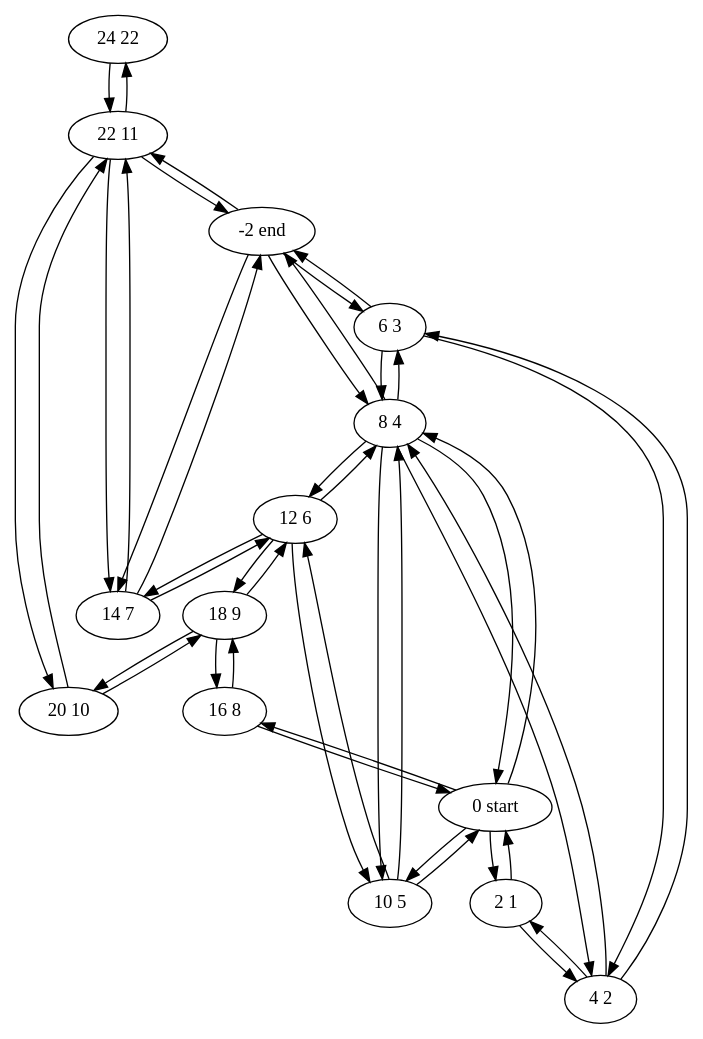
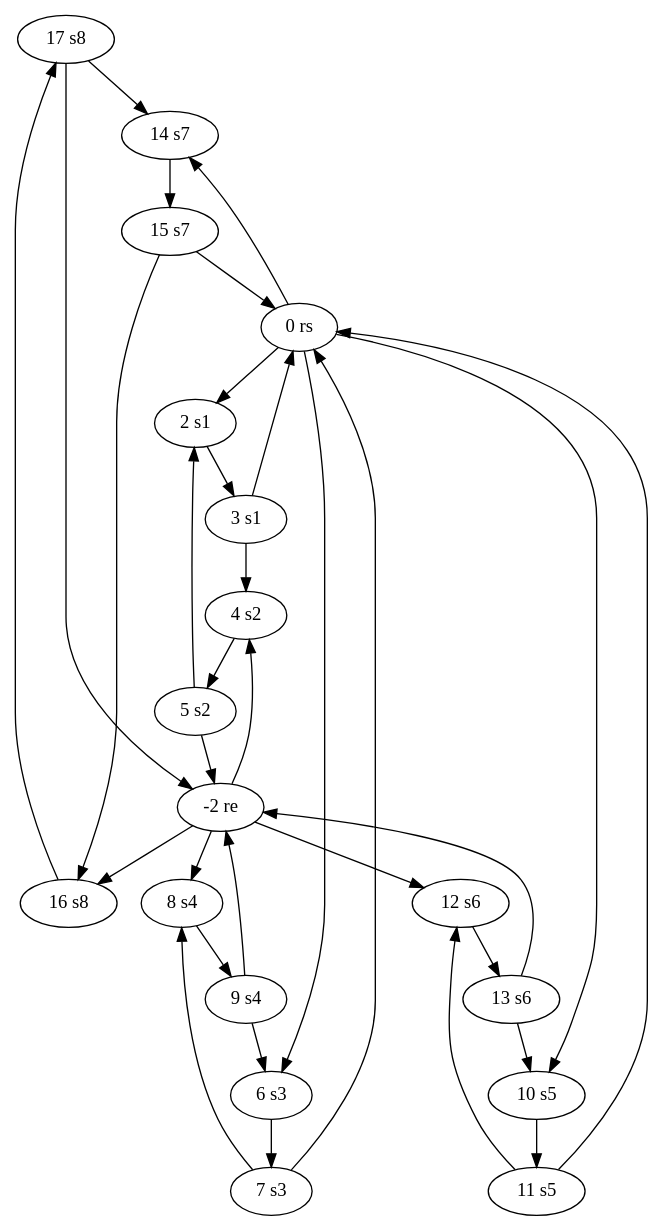
Before and after one commit to Xel4ek/lem_in: the diagram in 2.gv, drawn with Graphviz. The commit also changed 446 other files, not shown here.

```diff
--- a/2.gv
+++ b/2.gv
@@ -1,60 +1,52 @@
 digraph 3 {
-	"24 22";
-	"22 11";
-	"20 10";
-	"18 9";
-	"16 8";
-	"14 7";
-	"12 6";
-	"10 5";
-	"8 4";
-	"6 3";
-	"4 2";
-	"2 1";
-	"0 start";
-	"-2 end";
-	"24 22" -> "22 11";
-	"22 11" -> "-2 end";
-	"22 11" -> "14 7";
-	"22 11" -> "20 10";
-	"22 11" -> "24 22";
-	"20 10" -> "22 11";
-	"20 10" -> "18 9";
-	"18 9" -> "20 10";
-	"18 9" -> "12 6";
-	"18 9" -> "16 8";
-	"16 8" -> "18 9";
-	"16 8" -> "0 start";
-	"14 7" -> "-2 end";
-	"14 7" -> "12 6";
-	"14 7" -> "22 11";
-	"12 6" -> "14 7";
-	"12 6" -> "18 9";
-	"12 6" -> "8 4";
-	"12 6" -> "10 5";
-	"10 5" -> "12 6";
-	"10 5" -> "0 start";
-	"10 5" -> "8 4";
-	"8 4" -> "-2 end";
-	"8 4" -> "12 6";
-	"8 4" -> "0 start";
-	"8 4" -> "4 2";
-	"8 4" -> "6 3";
-	"8 4" -> "10 5";
-	"6 3" -> "-2 end";
-	"6 3" -> "8 4";
-	"6 3" -> "4 2";
-	"4 2" -> "6 3";
-	"4 2" -> "8 4";
-	"4 2" -> "2 1";
-	"2 1" -> "4 2";
-	"2 1" -> "0 start";
-	"0 start" -> "2 1";
-	"0 start" -> "8 4";
-	"0 start" -> "10 5";
-	"0 start" -> "16 8";
-	"-2 end" -> "22 11";
-	"-2 end" -> "14 7";
-	"-2 end" -> "8 4";
-	"-2 end" -> "6 3";
+	"17 s8";
+	"16 s8";
+	"15 s7";
+	"14 s7";
+	"13 s6";
+	"12 s6";
+	"11 s5";
+	"10 s5";
+	"9 s4";
+	"8 s4";
+	"7 s3";
+	"6 s3";
+	"5 s2";
+	"4 s2";
+	"3 s1";
+	"2 s1";
+	"0 rs";
+	"-2 re";
+	"16 s8" -> "17 s8";
+	"15 s7" -> "16 s8";
+	"-2 re" -> "16 s8";
+	"14 s7" -> "15 s7";
+	"0 rs" -> "14 s7";
+	"17 s8" -> "14 s7";
+	"12 s6" -> "13 s6";
+	"11 s5" -> "12 s6";
+	"-2 re" -> "12 s6";
+	"10 s5" -> "11 s5";
+	"0 rs" -> "10 s5";
+	"13 s6" -> "10 s5";
+	"8 s4" -> "9 s4";
+	"7 s3" -> "8 s4";
+	"-2 re" -> "8 s4";
+	"6 s3" -> "7 s3";
+	"0 rs" -> "6 s3";
+	"9 s4" -> "6 s3";
+	"4 s2" -> "5 s2";
+	"3 s1" -> "4 s2";
+	"-2 re" -> "4 s2";
+	"2 s1" -> "3 s1";
+	"0 rs" -> "2 s1";
+	"5 s2" -> "2 s1";
+	"15 s7" -> "0 rs";
+	"11 s5" -> "0 rs";
+	"7 s3" -> "0 rs";
+	"3 s1" -> "0 rs";
+	"5 s2" -> "-2 re";
+	"9 s4" -> "-2 re";
+	"13 s6" -> "-2 re";
+	"17 s8" -> "-2 re";
 	}
```
